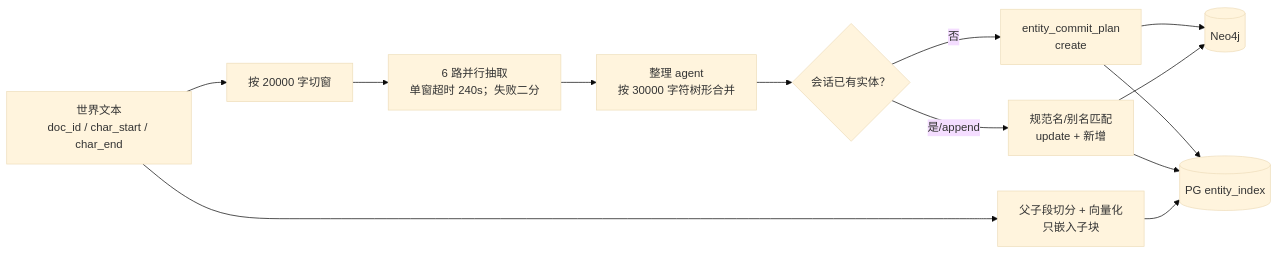
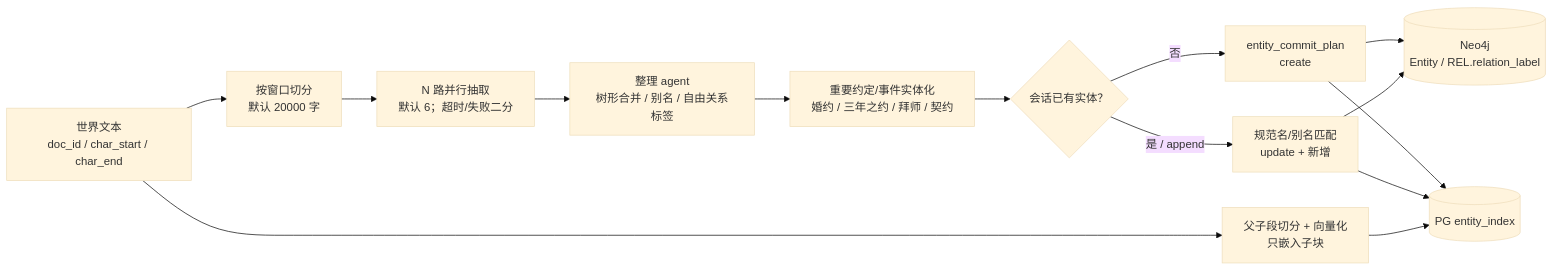
The second of 3 diagrams in docs/business_logic_flow.md (hjiaju336-sys/mem_ol), drawn with Mermaid (base theme) before and after one commit. The commit also changed other lines of this file and 6 other files, not shown here.

````diff
--- a/docs/business_logic_flow.md
+++ b/docs/business_logic_flow.md
@@ -78,15 +80,16 @@
 ```mermaid
 flowchart LR
-    WT["世界文本<br/>doc_id / char_start / char_end"] --> SPLIT["按 20000 字切窗"]
-    SPLIT --> PAR["6 路并行抽取<br/>单窗超时 240s；失败二分"]
+    WT["世界文本<br/>doc_id / char_start / char_end"] --> SPLIT["按窗口切分<br/>默认 20000 字"]
+    SPLIT --> PAR["N 路并行抽取<br/>默认 6；超时/失败二分"]
     WT --> VEC["父子段切分 + 向量化<br/>只嵌入子块"]
-    PAR --> CONS["整理 agent<br/>按 30000 字符树形合并"]
-    CONS --> MATCH{"会话已有实体？"}
+    PAR --> CONS["整理 agent<br/>树形合并 / 别名 / 自由关系标签"]
+    CONS --> EVENT["重要约定/事件实体化<br/>婚约 / 三年之约 / 拜师 / 契约"]
+    EVENT --> MATCH{"会话已有实体？"}
     MATCH -- 否 --> CREATE["entity_commit_plan<br/>create"]
-    MATCH -- 是/append --> UPDATE["规范名/别名匹配<br/>update + 新增"]
-    CREATE --> NEO[("Neo4j")]
+    MATCH -- 是 / append --> UPDATE["规范名/别名匹配<br/>update + 新增"]
+    CREATE --> NEO[("Neo4j<br/>Entity / REL.relation_label")]
     UPDATE --> NEO
     CREATE --> PG[("PG entity_index")]
     UPDATE --> PG
     VEC --> PG
 ```
````
